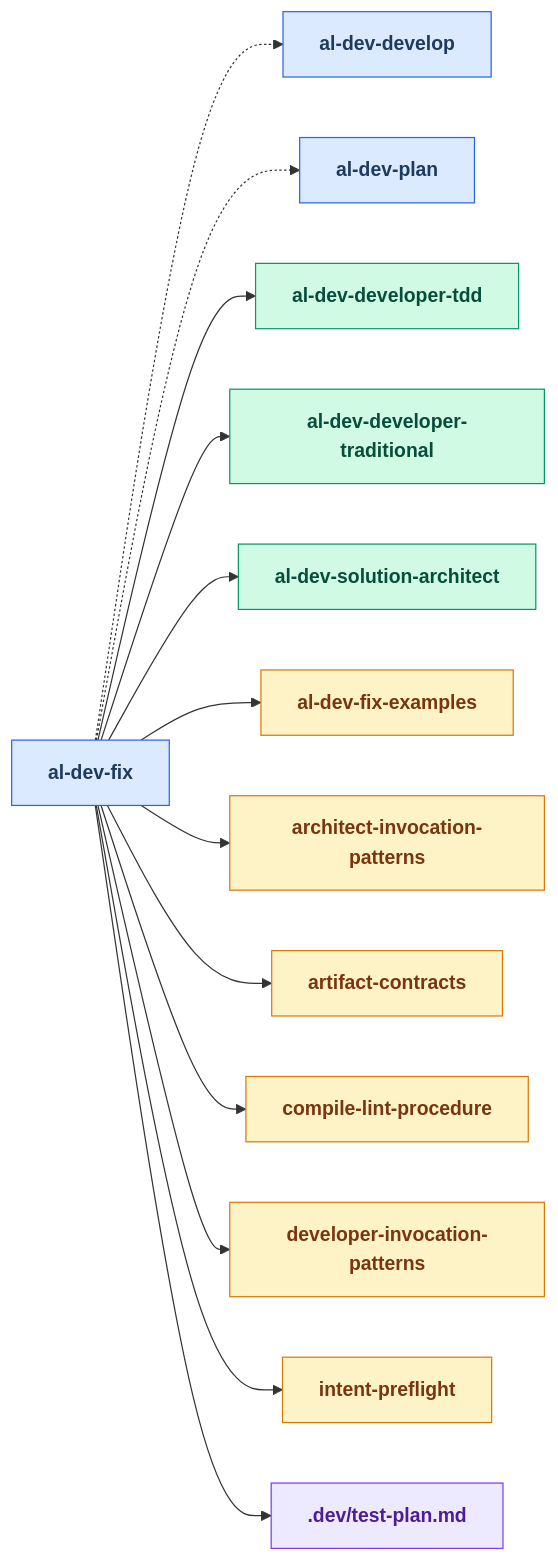
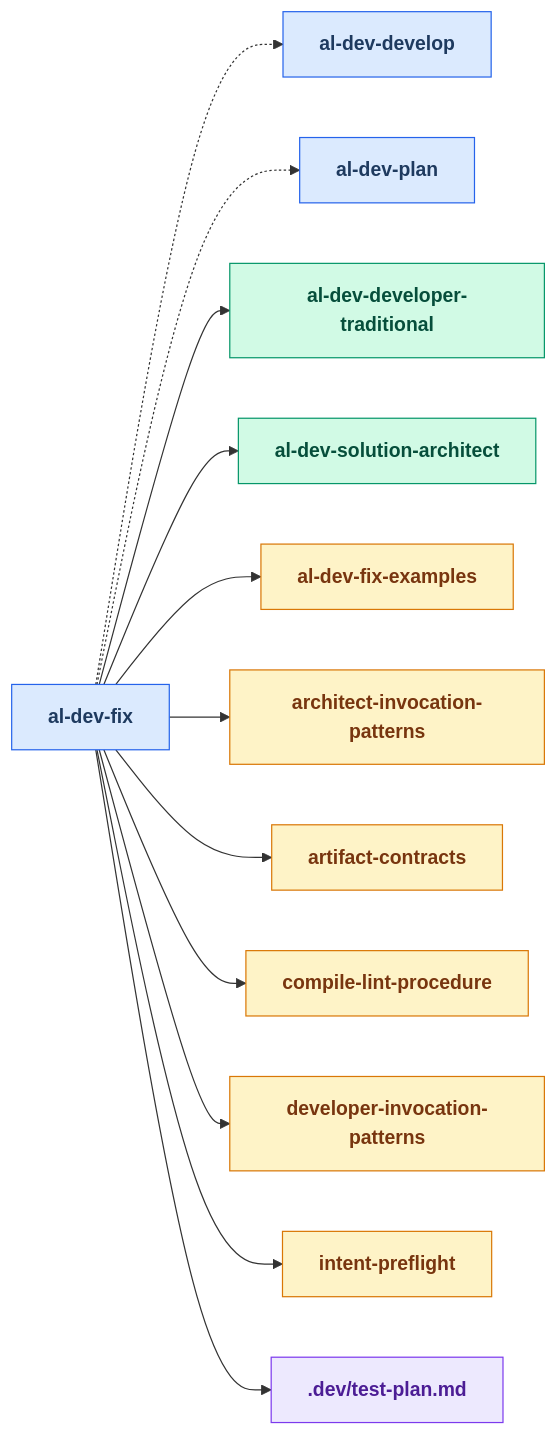
The fifth of 23 diagrams in docs/al-dev-skills-map.md (russell-laing/al-dev-shared), drawn with Mermaid before and after one commit. The commit also changed other lines of this file and 4 other files, not shown here.

````diff
--- a/docs/al-dev-skills-map.md
+++ b/docs/al-dev-skills-map.md
@@ -243,49 +237,46 @@
 ```mermaid
 flowchart LR
     classDef skillNode fill:#dbeafe,stroke:#2563eb,color:#1e3a5f,font-weight:bold
     classDef agentNode fill:#d1fae5,stroke:#059669,color:#064e3b,font-weight:bold
     classDef knowledgeNode fill:#fef3c7,stroke:#d97706,color:#78350f,font-weight:bold
     classDef artifactNode fill:#ede9fe,stroke:#7c3aed,color:#4c1d95,font-weight:bold
     classDef phaseNode fill:#e0e7ff,stroke:#6366f1,color:#312e81,font-weight:bold
 
     skill_al_dev_fix[al-dev-fix]
     skill_al_dev_develop[al-dev-develop]
     skill_al_dev_plan[al-dev-plan]
-    agent_al_dev_developer_tdd[al-dev-developer-tdd]
     agent_al_dev_developer_traditional[al-dev-developer-traditional]
     agent_al_dev_solution_architect[al-dev-solution-architect]
     knowledge_al_dev_fix_examples_md[al-dev-fix-examples]
     knowledge_architect_invocation_patterns_md[architect-invocation-patterns]
     knowledge_artifact_contracts_md[artifact-contracts]
     knowledge_compile_lint_procedure_md[compile-lint-procedure]
     knowledge_developer_invocation_patterns_md[developer-invocation-patterns]
     knowledge_intent_preflight_md[intent-preflight]
     artifact_test_plan_md[.dev/test-plan.md]
 
     skill_al_dev_fix -.-> skill_al_dev_develop
     skill_al_dev_fix -.-> skill_al_dev_plan
-    skill_al_dev_fix --> agent_al_dev_developer_tdd
     skill_al_dev_fix --> agent_al_dev_developer_traditional
     skill_al_dev_fix --> agent_al_dev_solution_architect
     skill_al_dev_fix --> knowledge_al_dev_fix_examples_md
     skill_al_dev_fix --> knowledge_architect_invocation_patterns_md
     skill_al_dev_fix --> knowledge_artifact_contracts_md
     skill_al_dev_fix --> knowledge_compile_lint_procedure_md
     skill_al_dev_fix --> knowledge_developer_invocation_patterns_md
     skill_al_dev_fix --> knowledge_intent_preflight_md
     skill_al_dev_fix --> artifact_test_plan_md
 
     class skill_al_dev_fix skillNode
     class skill_al_dev_develop skillNode
     class skill_al_dev_plan skillNode
-    class agent_al_dev_developer_tdd agentNode
     class agent_al_dev_developer_traditional agentNode
     class agent_al_dev_solution_architect agentNode
     class knowledge_al_dev_fix_examples_md knowledgeNode
     class knowledge_architect_invocation_patterns_md knowledgeNode
     class knowledge_artifact_contracts_md knowledgeNode
     class knowledge_compile_lint_procedure_md knowledgeNode
     class knowledge_developer_invocation_patterns_md knowledgeNode
     class knowledge_intent_preflight_md knowledgeNode
     class artifact_test_plan_md artifactNode
 ```
````
